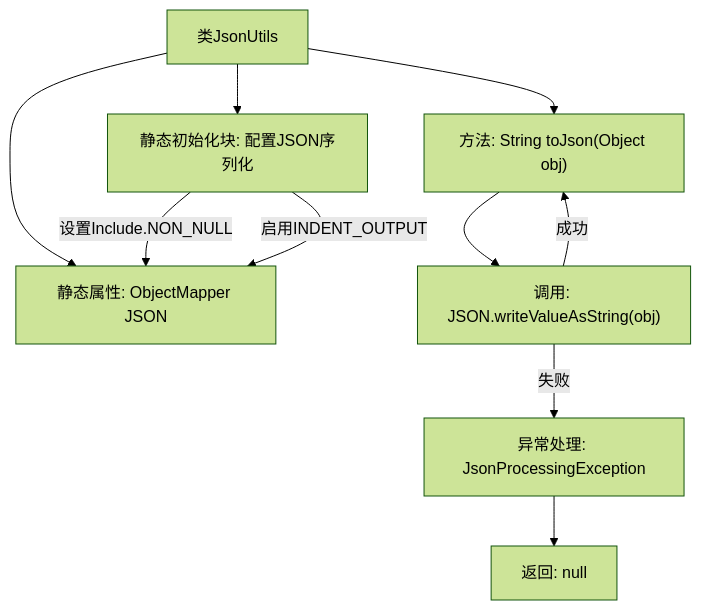
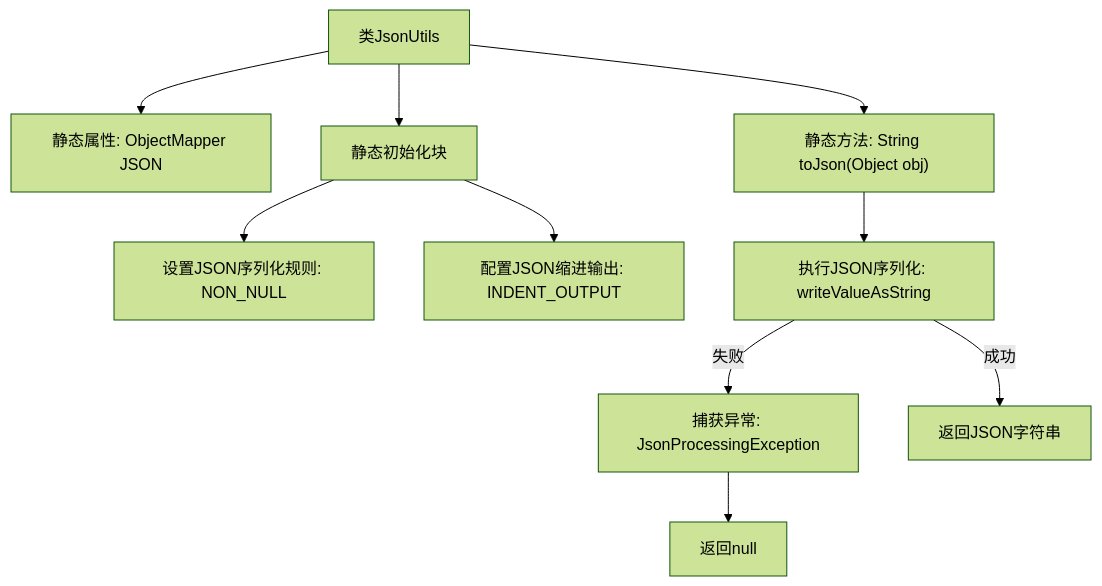
Before and after one commit to v-wjrong/binary_weixin-java-miniapp-demo: the second of 2 diagrams in docs/zh/docs/src/main/java/com/github/binarywang/demo/wx/miniapp/utils/JsonUtils.md, drawn with Mermaid (forest theme). The commit also changed other lines of this file and 50 other files, not shown here.

````diff
--- a/docs/zh/docs/src/main/java/com/github/binarywang/demo/wx/miniapp/utils/JsonUtils.md
+++ b/docs/zh/docs/src/main/java/com/github/binarywang/demo/wx/miniapp/utils/JsonUtils.md
@@ -73,20 +62,22 @@
 ```mermaid
 graph TD
     A["类JsonUtils"]
     B["静态属性: ObjectMapper JSON"]
-    C["静态初始化块: 配置JSON序列化"]
-    D["方法: String toJson(Object obj)"]
-    E["调用: JSON.writeValueAsString(obj)"]
-    F["异常处理: JsonProcessingException"]
-    G["返回: null"]
+    C["静态初始化块"]
+    D["设置JSON序列化规则: NON_NULL"]
+    E["配置JSON缩进输出: INDENT_OUTPUT"]
+    F["静态方法: String toJson(Object obj)"]
+    G["执行JSON序列化: writeValueAsString"]
+    H["捕获异常: JsonProcessingException"]
+    I["返回null"]
 
     A --> B
     A --> C
-    A --> D
-    D --> E
-    E -->|成功| D
-    E -->|失败| F
+    C --> D
+    C --> E
+    A --> F
     F --> G
-    C -->|"设置Include.NON_NULL"| B
-    C -->|"启用INDENT_OUTPUT"| B
+    G -->|成功| J["返回JSON字符串"]
+    G -->|失败| H
+    H --> I
 ```
````
